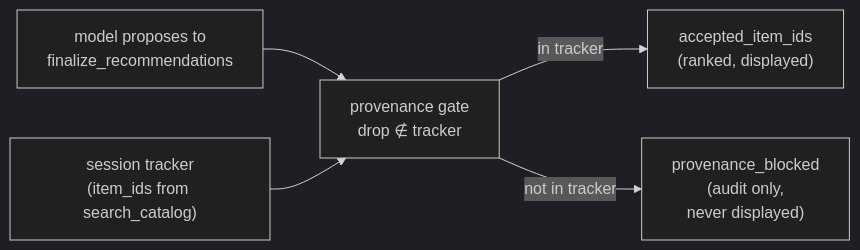
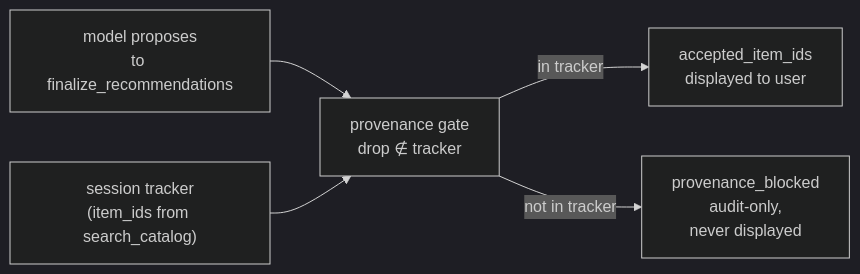
One commit to rajasingh012/retail-concierge changed the fifth of 5 diagrams in architecture.md. Above: the diagram before and after it, drawn with Mermaid (dark theme). The commit also changed other lines of this file, not shown here.

First line of the commit message:
architecture.md: rewrite Audit log section for clarity

````diff
--- a/architecture.md
+++ b/architecture.md
@@ -157,13 +164,13 @@
 ```mermaid
 flowchart LR
-  proposed["model proposes to<br/>finalize_recommendations"]
+  proposed["model proposes<br/>to finalize_recommendations"]
   tracker["session tracker<br/>(item_ids from search_catalog)"]
   gate["provenance gate<br/>drop ∉ tracker"]
-  accepted["accepted_item_ids<br/>(ranked, displayed)"]
-  blocked["provenance_blocked<br/>(audit only,<br/>never displayed)"]
+  accepted["accepted_item_ids<br/>displayed to user"]
+  blocked["provenance_blocked<br/>audit-only,<br/>never displayed"]
 
   proposed --> gate
   tracker --> gate
   gate -- "in tracker" --> accepted
   gate -- "not in tracker" --> blocked
 ```
````
